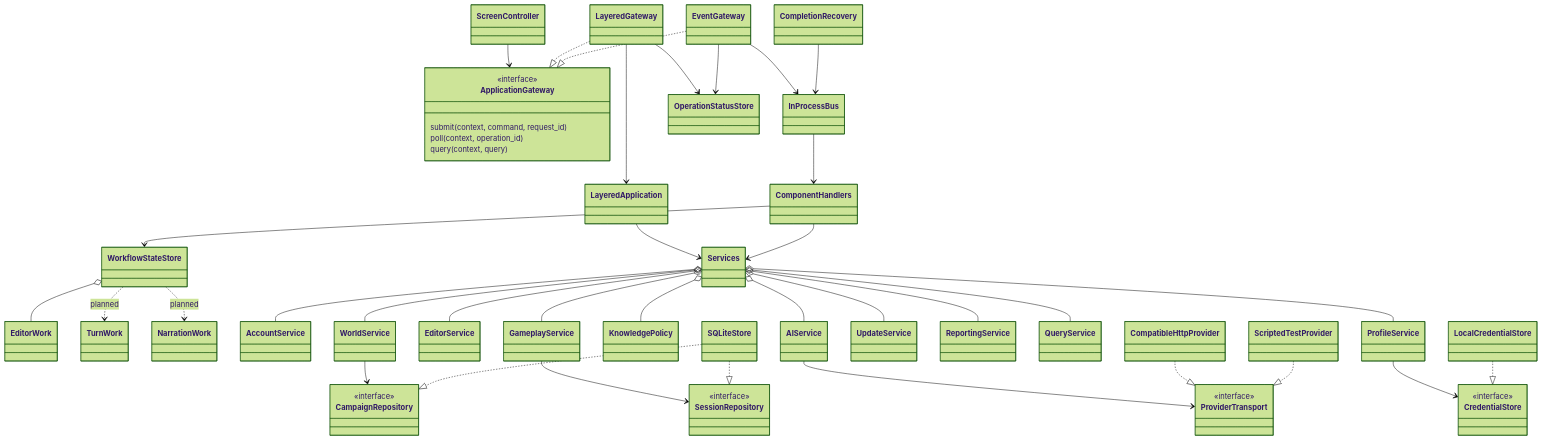
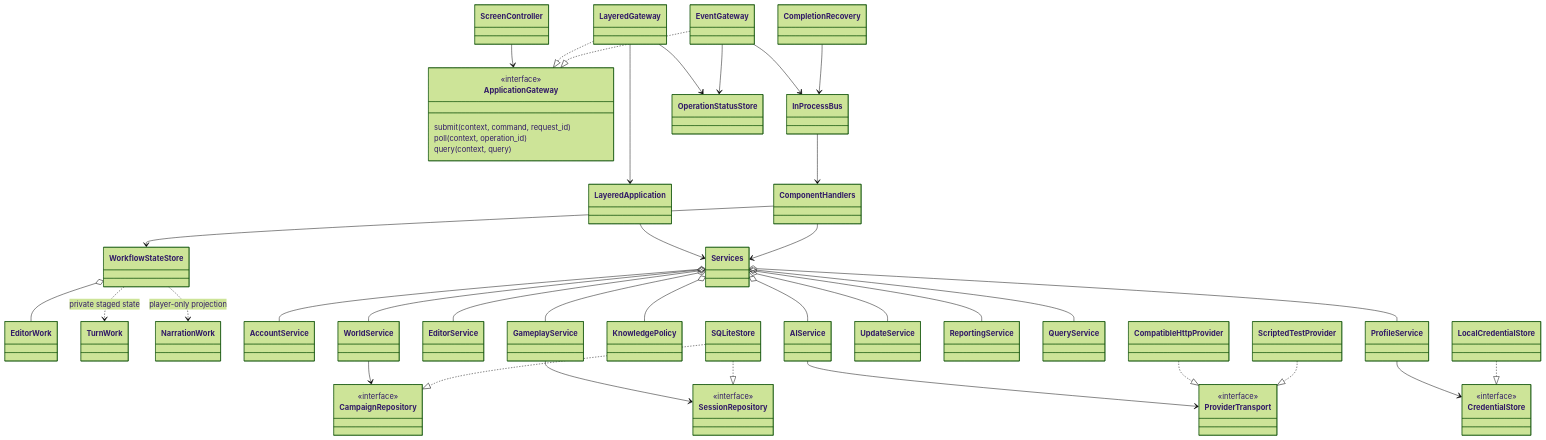
Before and after one commit to Jimmy3498/CS5-7319-Final-Project-Group-05-Azadjoutabari-Nagireddygari-Zeng: the diagram in docs/diagrams/classes.mmd, drawn with Mermaid (forest theme). The commit also changed 56 other files, not shown here.

```diff
--- a/docs/diagrams/classes.mmd
+++ b/docs/diagrams/classes.mmd
@@ -1,71 +1,71 @@
 classDiagram
   class ApplicationGateway { <<interface>>
     submit(context, command, request_id)
     poll(context, operation_id)
     query(context, query)
   }
   class ScreenController
   class LayeredGateway
   class LayeredApplication
   class EventGateway
   class InProcessBus
   class ComponentHandlers
   class EditorWork
   class TurnWork
   class NarrationWork
   class WorkflowStateStore
   class CompletionRecovery
   class Services
   class AccountService
   class WorldService
   class EditorService
   class GameplayService
   class KnowledgePolicy
   class AIService
   class ProfileService
   class UpdateService
   class ReportingService
   class QueryService
   class SQLiteStore
   class CampaignRepository { <<interface>> }
   class SessionRepository { <<interface>> }
   class ProviderTransport { <<interface>> }
   class CredentialStore { <<interface>> }
   class CompatibleHttpProvider
   class ScriptedTestProvider
   class LocalCredentialStore
   class OperationStatusStore
   ScreenController --> ApplicationGateway
   LayeredGateway ..|> ApplicationGateway
   EventGateway ..|> ApplicationGateway
   LayeredGateway --> LayeredApplication
   LayeredGateway --> OperationStatusStore
   LayeredApplication --> Services
   EventGateway --> InProcessBus
   EventGateway --> OperationStatusStore
   InProcessBus --> ComponentHandlers
   ComponentHandlers --> Services
   ComponentHandlers --> WorkflowStateStore
   CompletionRecovery --> InProcessBus
   Services o-- AccountService
   Services o-- WorldService
   Services o-- EditorService
   Services o-- GameplayService
   Services o-- KnowledgePolicy
   Services o-- AIService
   Services o-- ProfileService
   Services o-- UpdateService
   Services o-- ReportingService
   Services o-- QueryService
   WorldService --> CampaignRepository
   GameplayService --> SessionRepository
   SQLiteStore ..|> CampaignRepository
   SQLiteStore ..|> SessionRepository
   AIService --> ProviderTransport
   CompatibleHttpProvider ..|> ProviderTransport
   ScriptedTestProvider ..|> ProviderTransport
   ProfileService --> CredentialStore
   LocalCredentialStore ..|> CredentialStore
   WorkflowStateStore o-- EditorWork
-  WorkflowStateStore ..> TurnWork : planned
-  WorkflowStateStore ..> NarrationWork : planned
+  WorkflowStateStore ..> TurnWork : private staged state
+  WorkflowStateStore ..> NarrationWork : player-only projection
```
